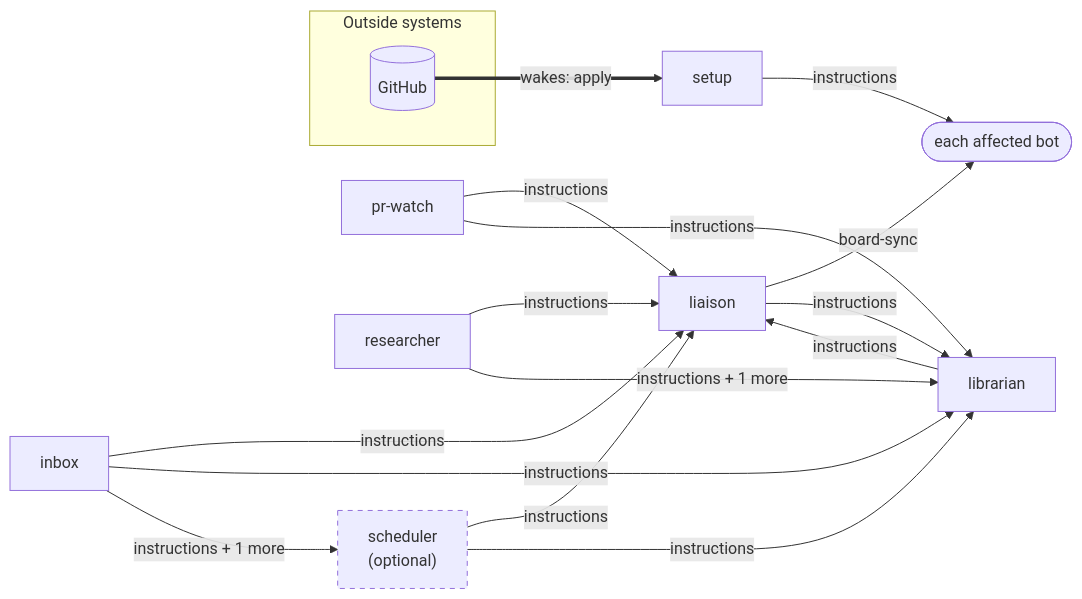
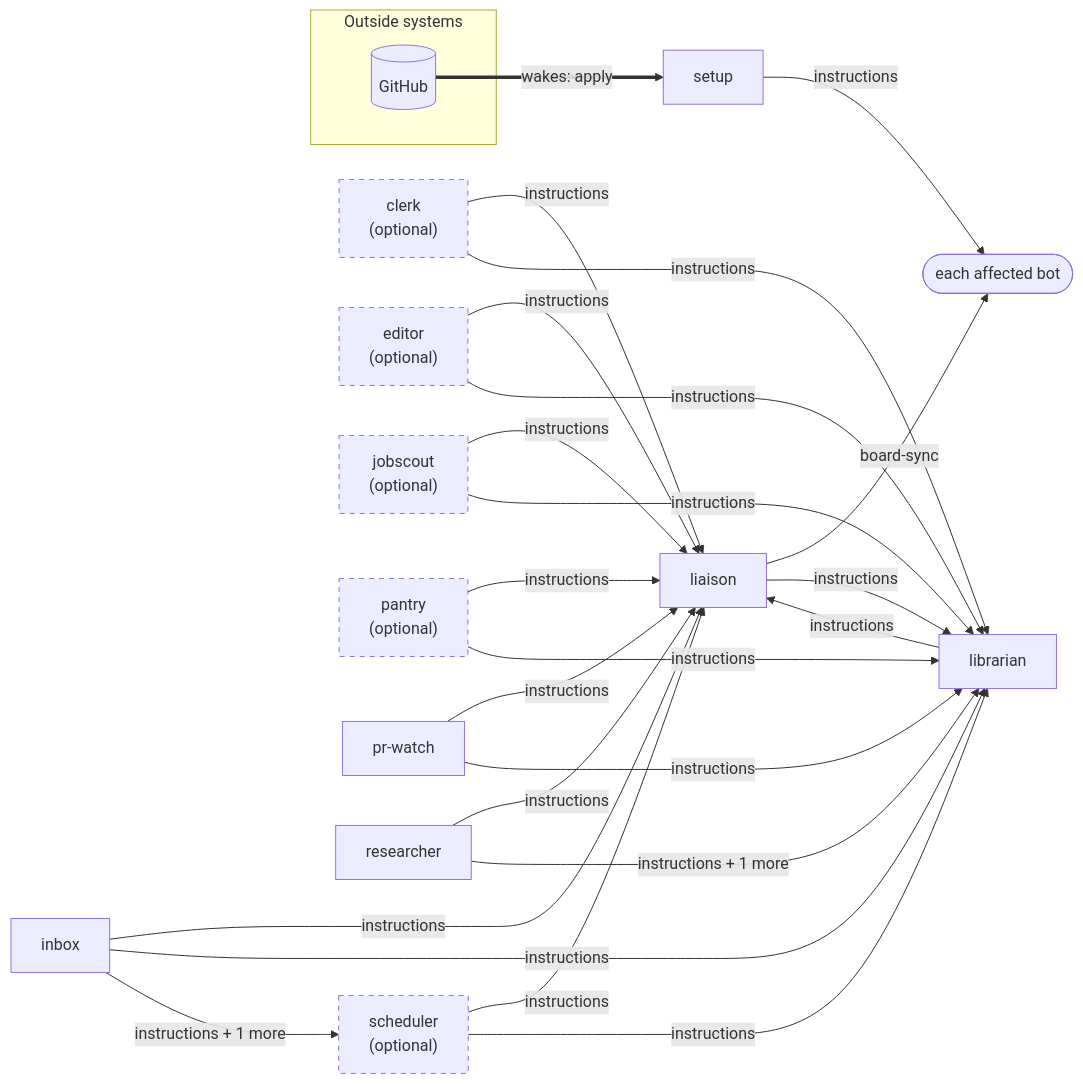
The first of 3 diagrams in docs/bot-chart.md (dfakkeldy/fakkelbot), drawn with Mermaid before and after one commit. The commit also changed other lines of this file, not shown here.

First line of the commit message:
chore: regenerate the bot chart

````diff
--- a/docs/bot-chart.md
+++ b/docs/bot-chart.md
@@ -13,30 +13,42 @@
 ```mermaid
 flowchart LR
+    bot_clerk["clerk<br/>(optional)"]
+    bot_editor["editor<br/>(optional)"]
     bot_inbox["inbox"]
+    bot_jobscout["jobscout<br/>(optional)"]
     bot_liaison["liaison"]
     bot_librarian["librarian"]
+    bot_pantry["pantry<br/>(optional)"]
     bot_pr_watch["pr-watch"]
     bot_researcher["researcher"]
     bot_scheduler["scheduler<br/>(optional)"]
     bot_setup["setup"]
     fan_each_affected_bot(["each affected bot"])
     subgraph outside["Outside systems"]
         sys_github[("GitHub")]
     end
+    bot_clerk -->|"instructions"| bot_liaison
+    bot_clerk -->|"instructions"| bot_librarian
+    bot_editor -->|"instructions"| bot_liaison
+    bot_editor -->|"instructions"| bot_librarian
     bot_inbox -->|"instructions"| bot_liaison
     bot_inbox -->|"instructions"| bot_librarian
     bot_inbox -->|"instructions + 1 more"| bot_scheduler
+    bot_jobscout -->|"instructions"| bot_liaison
+    bot_jobscout -->|"instructions"| bot_librarian
     bot_liaison -->|"board-sync"| fan_each_affected_bot
     bot_liaison -->|"instructions"| bot_librarian
     bot_librarian -->|"instructions"| bot_liaison
+    bot_pantry -->|"instructions"| bot_liaison
+    bot_pantry -->|"instructions"| bot_librarian
     bot_pr_watch -->|"instructions"| bot_liaison
     bot_pr_watch -->|"instructions"| bot_librarian
     bot_researcher -->|"instructions"| bot_liaison
     bot_researcher -->|"instructions + 1 more"| bot_librarian
     bot_scheduler -->|"instructions"| bot_liaison
     bot_scheduler -->|"instructions"| bot_librarian
     bot_setup -->|"instructions"| fan_each_affected_bot
     sys_github ==>|"wakes: apply"| bot_setup
     classDef optional stroke-dasharray: 5 5
-    class bot_scheduler optional
+    class bot_clerk,bot_editor,bot_jobscout,bot_pantry,bot_scheduler optional
 ```
````
